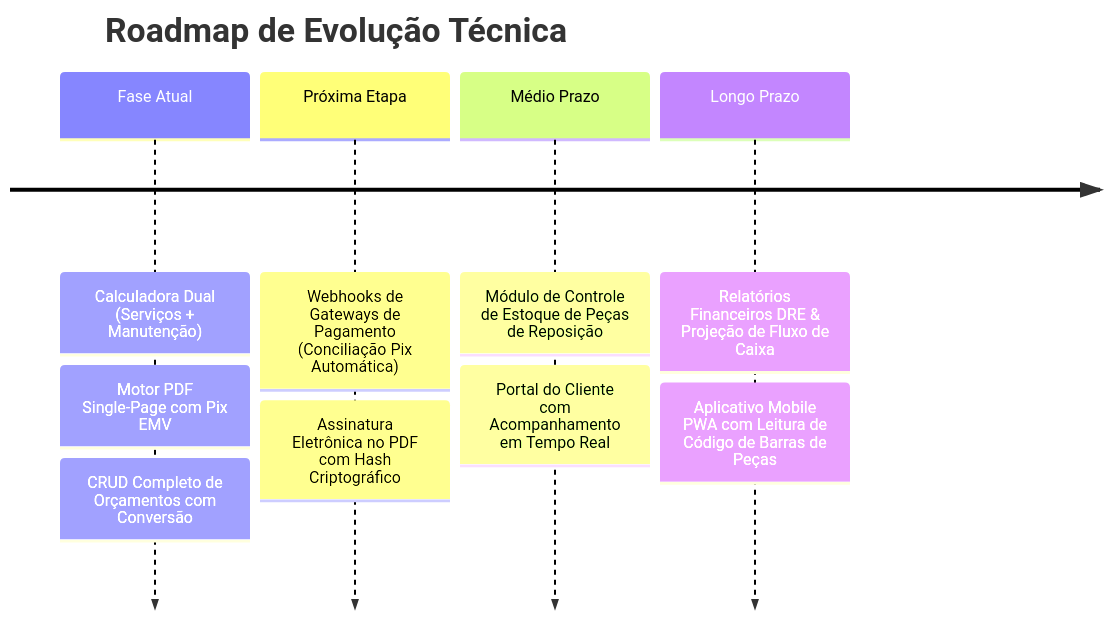
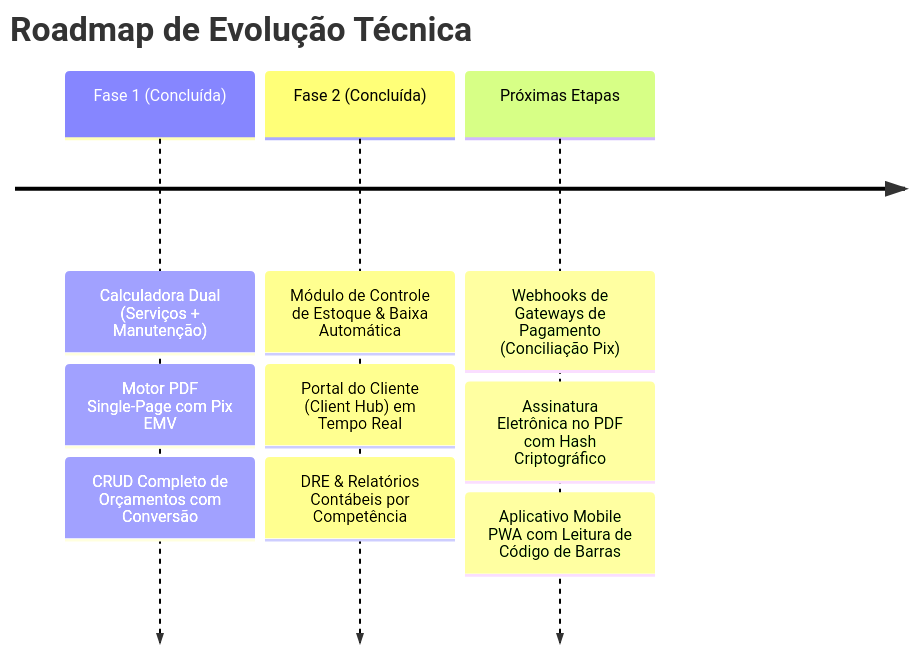
Before and after one commit to waldosouzaup/freelance-flow: the second of 2 diagrams in README.md, drawn with Mermaid. The commit also changed other lines of this file and 34 other files, not shown here.

Commit message:
feat: controle de estoque, portal do cliente, DRE, consulta ViaCEP, envio de orcamento por email e dados completos no PDF

````diff
--- a/README.md
+++ b/README.md
@@ -198,13 +218,13 @@
 ```mermaid
 timeline
     title Roadmap de Evolução Técnica
-    Fase Atual : Calculadora Dual (Serviços + Manutenção)
-               : Motor PDF Single-Page com Pix EMV
-               : CRUD Completo de Orçamentos com Conversão
-    Próxima Etapa : Webhooks de Gateways de Pagamento (Conciliação Pix Automática)
-                  : Assinatura Eletrônica no PDF com Hash Criptográfico
-    Médio Prazo   : Módulo de Controle de Estoque de Peças de Reposição
-                  : Portal do Cliente com Acompanhamento em Tempo Real
-    Longo Prazo   : Relatórios Financeiros DRE & Projeção de Fluxo de Caixa
-                  : Aplicativo Mobile PWA com Leitura de Código de Barras de Peças
+    Fase 1 (Concluída) : Calculadora Dual (Serviços + Manutenção)
+                       : Motor PDF Single-Page com Pix EMV
+                       : CRUD Completo de Orçamentos com Conversão
+    Fase 2 (Concluída) : Módulo de Controle de Estoque & Baixa Automática
+                       : Portal do Cliente (Client Hub) em Tempo Real
+                       : DRE & Relatórios Contábeis por Competência
+    Próximas Etapas    : Webhooks de Gateways de Pagamento (Conciliação Pix)
+                       : Assinatura Eletrônica no PDF com Hash Criptográfico
+                       : Aplicativo Mobile PWA com Leitura de Código de Barras
 ```
````
